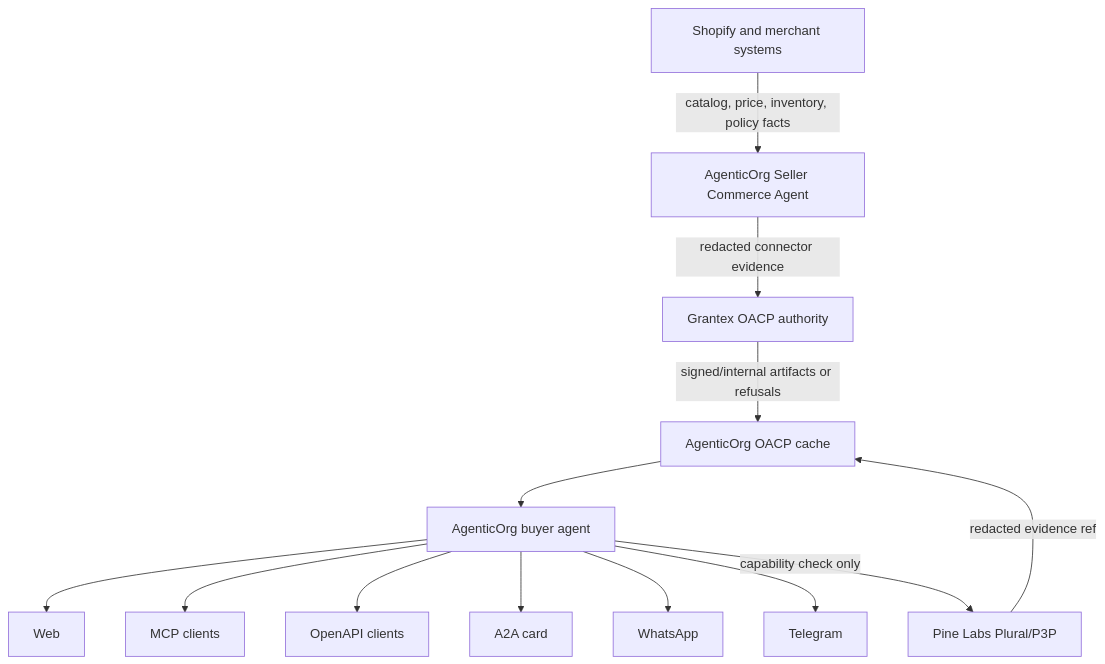
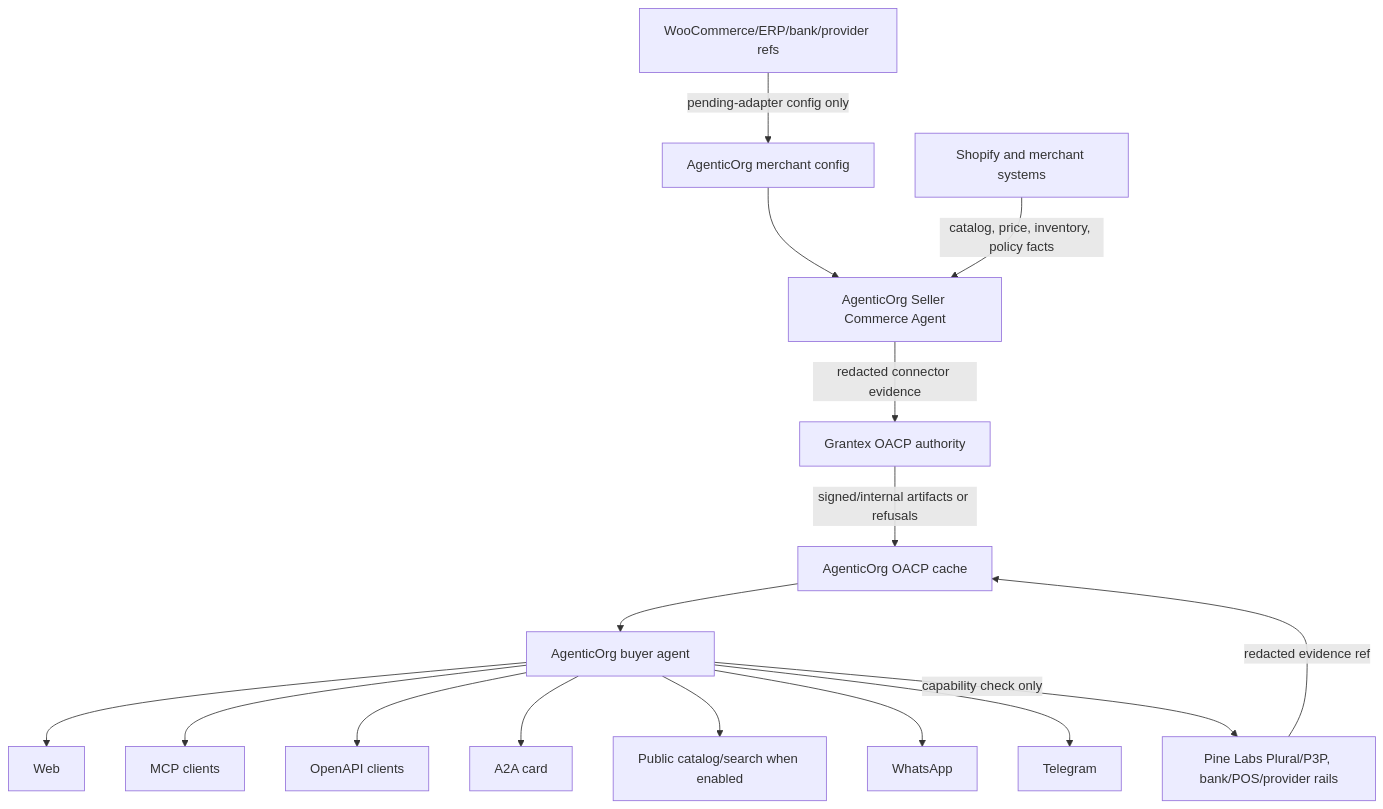
One commit to mishrasanjeev/grantex changed the first of 2 diagrams in docs/guides/oacp/architecture.mdx. Above: the diagram before and after it, drawn with Mermaid. The commit also changed other lines of this file and 14 other files, not shown here.

````diff
--- a/docs/guides/oacp/architecture.mdx
+++ b/docs/guides/oacp/architecture.mdx
@@ -12,15 +12,18 @@
 ```mermaid
 flowchart TD
-  shopify[Shopify and merchant systems] -->|catalog, price, inventory, policy facts| agenticSeller[AgenticOrg Seller Commerce Agent]
+  config[AgenticOrg merchant config] --> agenticSeller[AgenticOrg Seller Commerce Agent]
+  shopify[Shopify and merchant systems] -->|catalog, price, inventory, policy facts| agenticSeller
+  future[WooCommerce/ERP/bank/provider refs] -->|pending-adapter config only| config
   agenticSeller -->|redacted connector evidence| grantex[Grantex OACP authority]
   grantex -->|signed/internal artifacts or refusals| cache[AgenticOrg OACP cache]
   cache --> buyerAgent[AgenticOrg buyer agent]
   buyerAgent --> web[Web]
   buyerAgent --> mcp[MCP clients]
   buyerAgent --> openapi[OpenAPI clients]
   buyerAgent --> a2a[A2A card]
+  buyerAgent --> search[Public catalog/search when enabled]
   buyerAgent --> wa[WhatsApp]
   buyerAgent --> tg[Telegram]
-  buyerAgent -->|capability check only| pine[Pine Labs Plural/P3P]
-  pine -->|redacted evidence ref| cache
+  buyerAgent -->|capability check only| provider[Pine Labs Plural/P3P, bank/POS/provider rails]
+  provider -->|redacted evidence ref| cache
 ```
````
